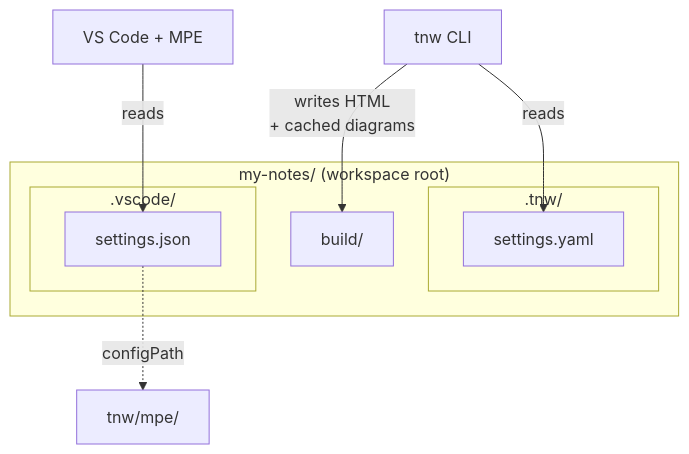
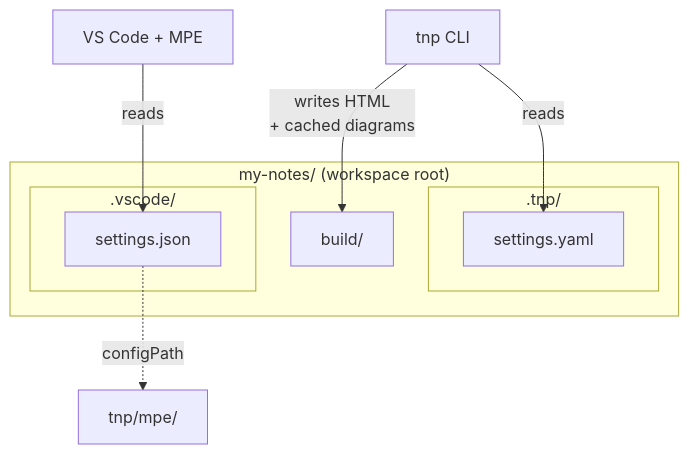
One commit to dgerod/tnp changed the second of 2 diagrams in docs/work-setup.md. Above: the diagram before and after it, drawn with Mermaid. The commit also changed other lines of this file and 116 other files, not shown here.

First line of the commit message:
refactor!: rename 'tnw' to 'tnp'

````diff
--- a/docs/work-setup.md
+++ b/docs/work-setup.md
@@ -203,19 +203,19 @@
 ```mermaid
 flowchart TB
     subgraph ROOT["my-notes/ (workspace root)"]
-        subgraph TNW[".tnw/"]
+        subgraph TNP[".tnp/"]
             S["settings.yaml"]
         end
         subgraph VSCD[".vscode/"]
             V["settings.json"]
         end
         B["build/"]
     end
-    CLI["tnw CLI"]
+    CLI["tnp CLI"]
     VSC["VS Code + MPE"]
-    MPE["tnw/mpe/"]
+    MPE["tnp/mpe/"]
     CLI -->|reads| S
     CLI -->|"writes HTML<br>+ cached diagrams"| B
     VSC -->|reads| V
     V -.->|configPath| MPE
 ```
````
